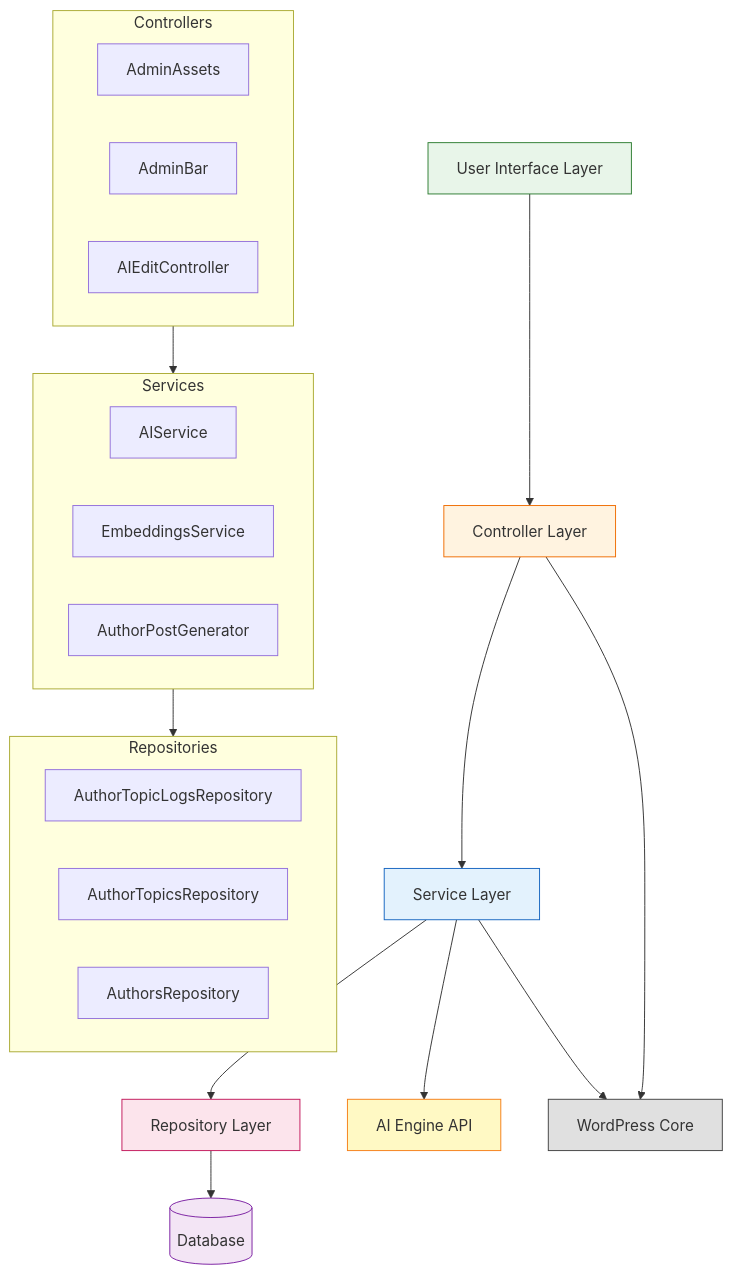
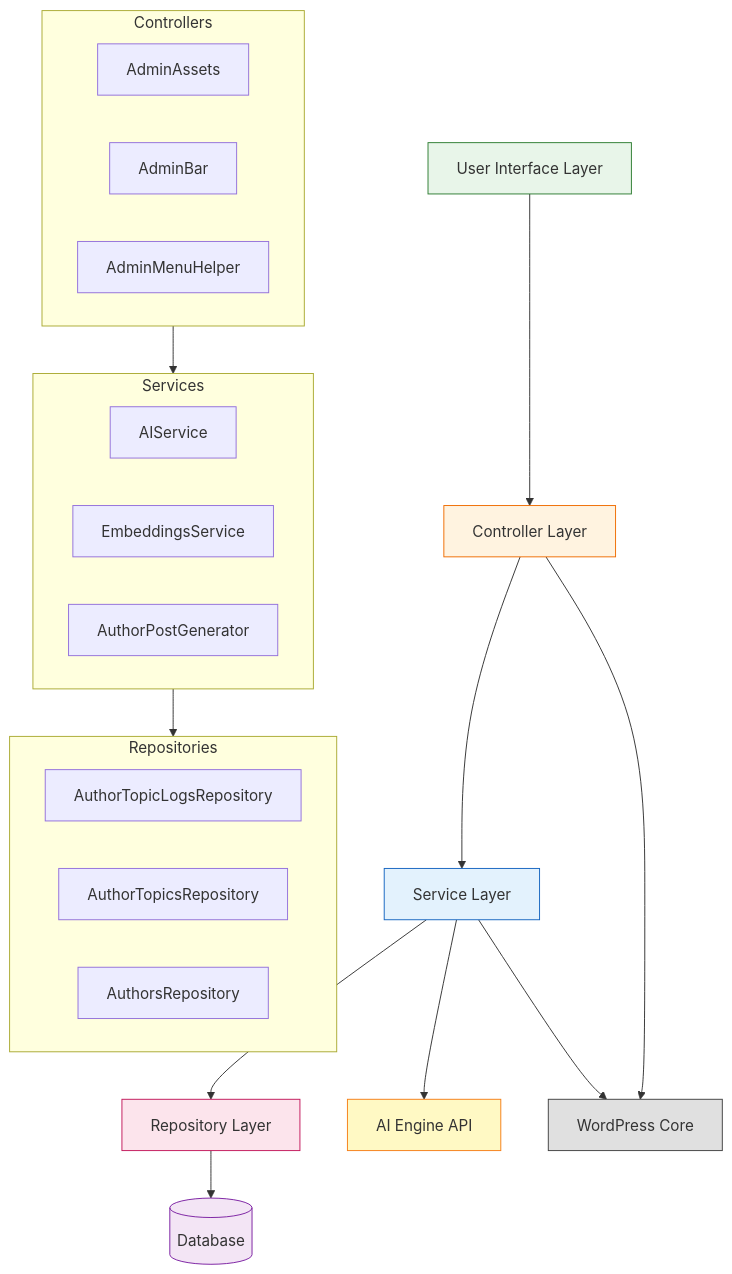
The first of 10 diagrams in docs/feature-report.md (rpnunez/wp-ai-scheduler), drawn with Mermaid before and after one commit. The commit also changed other lines of this file, not shown here.

````diff
--- a/docs/feature-report.md
+++ b/docs/feature-report.md
@@ -36,49 +36,49 @@
 ```mermaid
 flowchart TB
     %% Overall Plugin Architecture
 
     UI[User Interface Layer]
     CTRL[Controller Layer]
     SVC[Service Layer]
     REPO[Repository Layer]
     DB[(Database)]
     AI[AI Engine API]
     WP[WordPress Core]
 
     UI --> CTRL
     CTRL --> SVC
     SVC --> REPO
     SVC --> AI
     REPO --> DB
     CTRL --> WP
     SVC --> WP
 
     subgraph Controllers
         AdminAssets
         AdminBar
-        AIEditController
+        AdminMenuHelper
     end
 
     subgraph Services
         AIService
         EmbeddingsService
         AuthorPostGenerator
     end
 
     subgraph Repositories
         AuthorTopicLogsRepository
         AuthorTopicsRepository
         AuthorsRepository
     end
 
     Controllers --> Services
     Services --> Repositories
 
     style UI fill:#e8f5e9,stroke:#2e7d32
     style CTRL fill:#fff3e0,stroke:#ef6c00
     style SVC fill:#e3f2fd,stroke:#1565c0
     style REPO fill:#fce4ec,stroke:#c2185b
     style DB fill:#f3e5f5,stroke:#7b1fa2
     style AI fill:#fff9c4,stroke:#f57f17
     style WP fill:#e0e0e0,stroke:#424242
 ```
````
